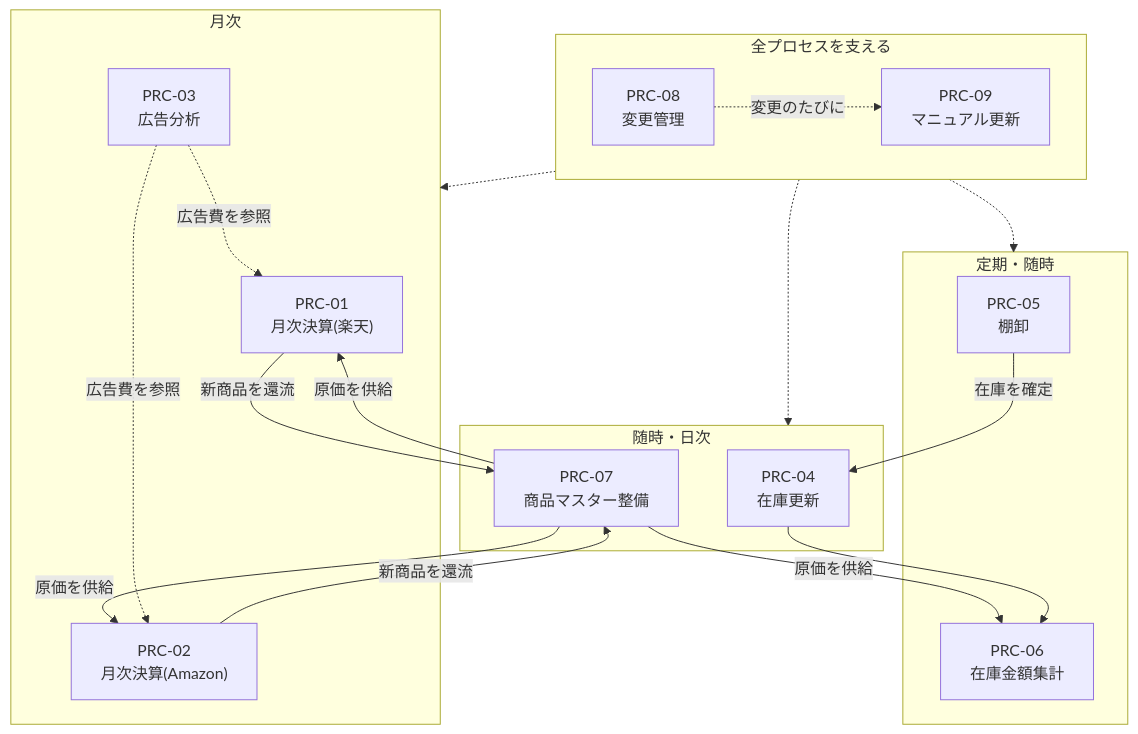
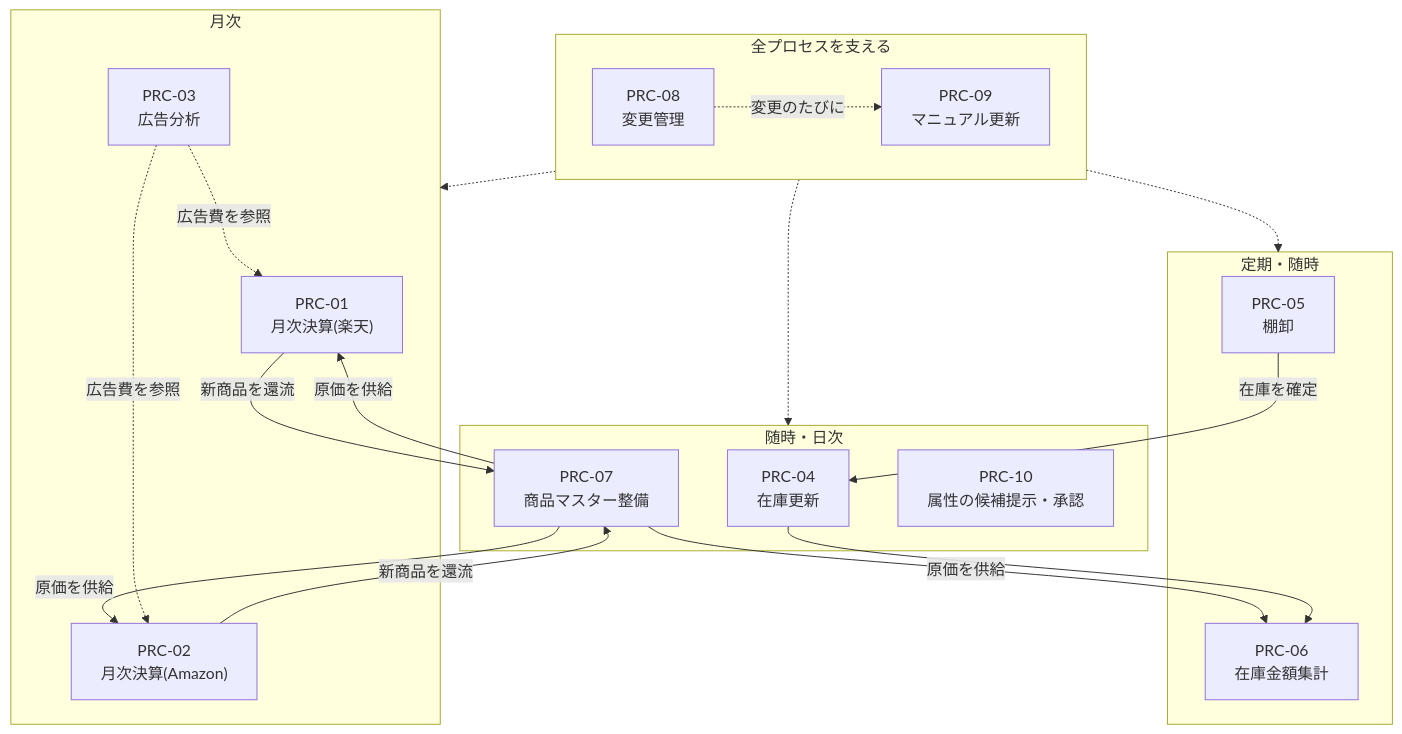
Before and after one commit to houzyou777-creator/inventory-management: the first of 11 diagrams in Process_Catalog.md, drawn with Mermaid. The commit also changed other lines of this file and 2 other files, not shown here.

First line of the commit message:
候補生成ワークフローを設計(PRC-10 新設)— 実装は未着手

````diff
--- a/Process_Catalog.md
+++ b/Process_Catalog.md
@@ -42,37 +42,38 @@
 ```mermaid
 graph TB
     subgraph DAILY["随時・日次"]
         P04["PRC-04<br/>在庫更新"]
         P07["PRC-07<br/>商品マスター整備"]
+        P10["PRC-10<br/>属性の候補提示・承認"]
     end
 
     subgraph MONTHLY["月次"]
         P01["PRC-01<br/>月次決算(楽天)"]
         P02["PRC-02<br/>月次決算(Amazon)"]
         P03["PRC-03<br/>広告分析"]
     end
 
     subgraph PERIODIC["定期・随時"]
         P05["PRC-05<br/>棚卸"]
         P06["PRC-06<br/>在庫金額集計"]
     end
 
     subgraph GOVERN["全プロセスを支える"]
         P08["PRC-08<br/>変更管理"]
         P09["PRC-09<br/>マニュアル更新"]
     end
 
     P07 -- "原価を供給" --> P01
     P07 -- "原価を供給" --> P02
     P07 -- "原価を供給" --> P06
     P01 -- "新商品を還流" --> P07
     P02 -- "新商品を還流" --> P07
     P04 --> P06
     P05 -- "在庫を確定" --> P04
     P03 -. "広告費を参照" .-> P01
     P03 -. "広告費を参照" .-> P02
     P08 -. "変更のたびに" .-> P09
     GOVERN -.-> DAILY
     GOVERN -.-> MONTHLY
     GOVERN -.-> PERIODIC
 ```
````
